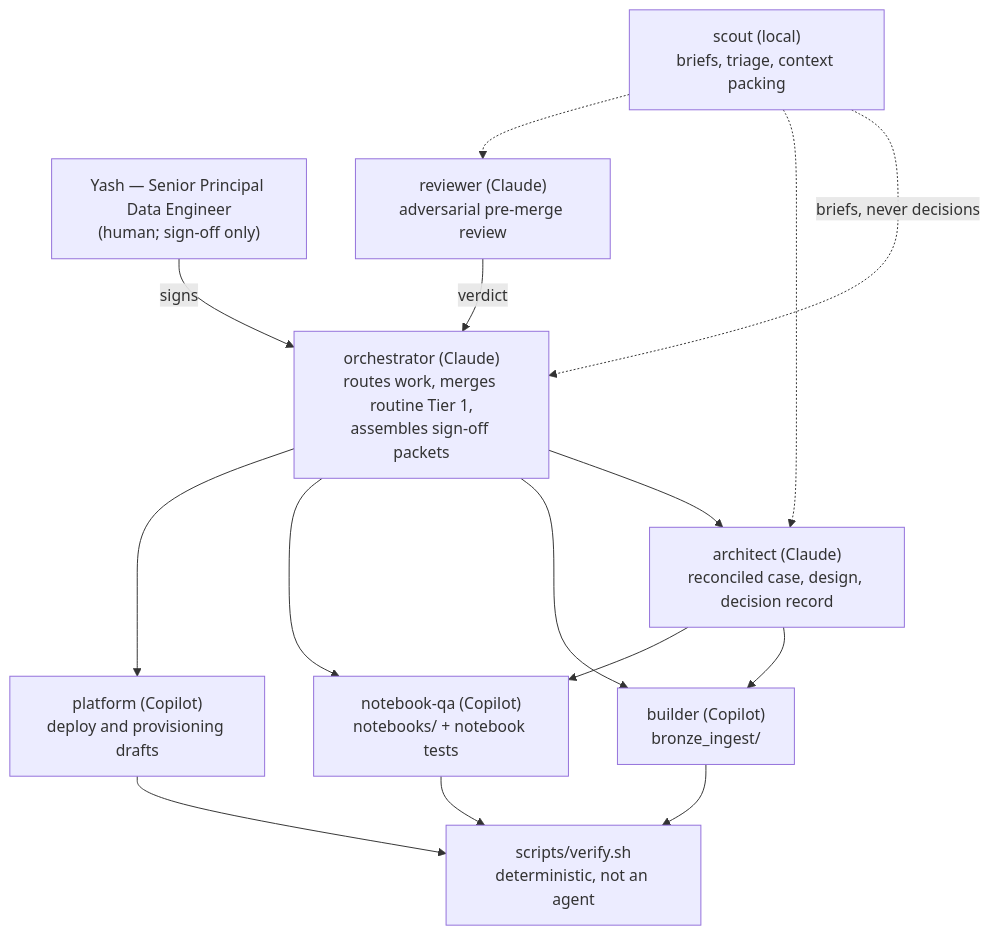
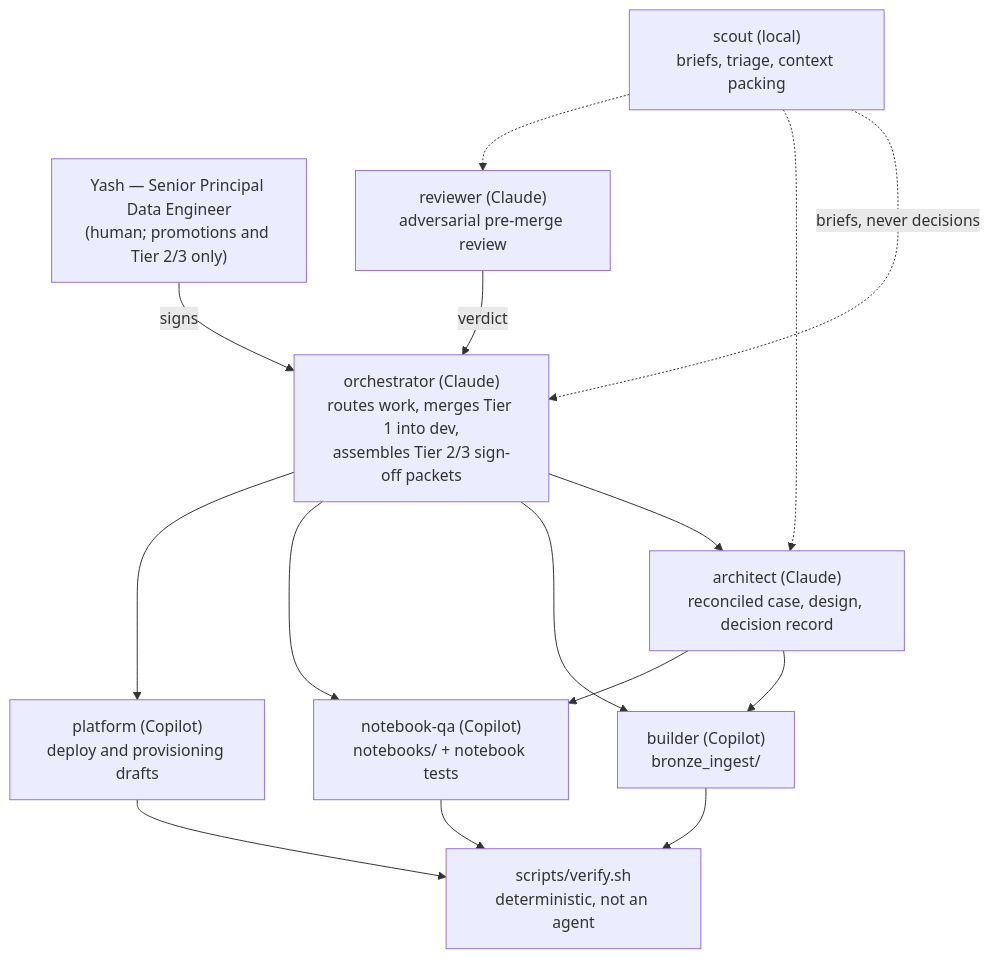
Before and after one commit to yashmhatre/Ingredion_Enhancement_Package: the diagram in docs/agent_governance.md, drawn with Mermaid. The commit also changed other lines of this file and 3 other files, not shown here.

````diff
--- a/docs/agent_governance.md
+++ b/docs/agent_governance.md
@@ -154,27 +171,27 @@
 ```mermaid
 graph TD
-    Y["Yash — Senior Principal Data Engineer<br/>(human; sign-off only)"]
-    O["orchestrator (Claude)<br/>routes work, merges routine Tier 1,<br/>assembles sign-off packets"]
+    Y["Yash — Senior Principal Data Engineer<br/>(human; promotions and Tier 2/3 only)"]
+    O["orchestrator (Claude)<br/>routes work, merges Tier 1 into dev,<br/>assembles Tier 2/3 sign-off packets"]
     A["architect (Claude)<br/>reconciled case, design, decision record"]
     R["reviewer (Claude)<br/>adversarial pre-merge review"]
     B["builder (Copilot)<br/>bronze_ingest/"]
     Q["notebook-qa (Copilot)<br/>notebooks/ + notebook tests"]
     P["platform (Copilot)<br/>deploy and provisioning drafts"]
     S["scout (local)<br/>briefs, triage, context packing"]
     V["scripts/verify.sh<br/>deterministic, not an agent"]
 
     Y -->|signs| O
     O --> A
     O --> B
     O --> Q
     O --> P
     A --> B
     A --> Q
     R -->|verdict| O
     B --> V
     Q --> V
     P --> V
     S -.->|briefs, never decisions| O
     S -.-> A
     S -.-> R
 ```
````
